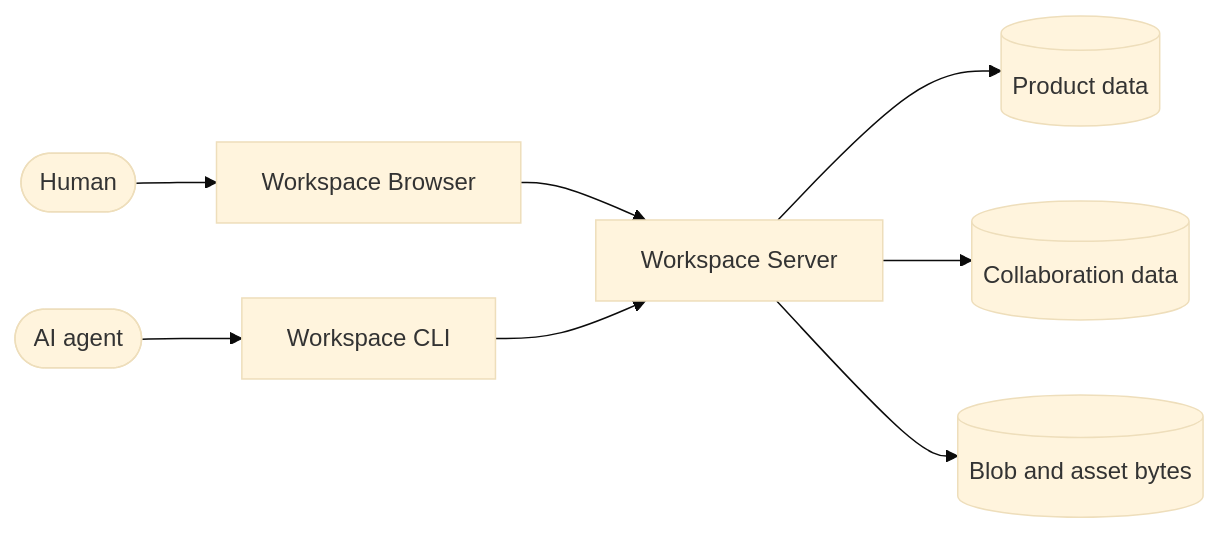
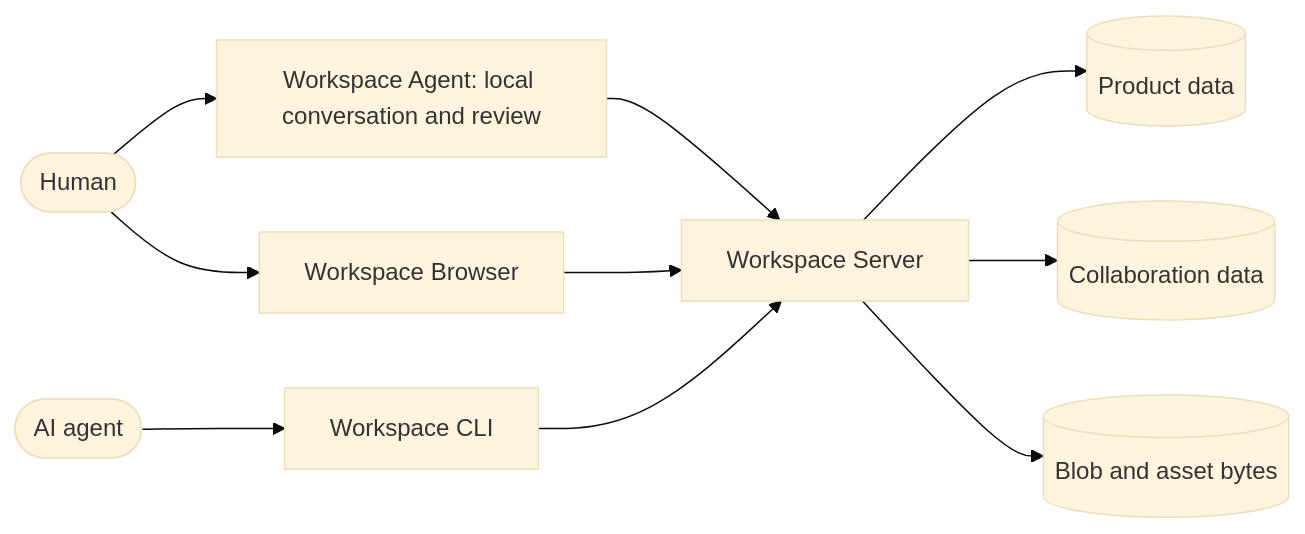
One commit to dream-num/univer-workspace changed the diagram in README.md. Above: the diagram before and after it, drawn with Mermaid (base theme). The commit also changed other lines of this file and 5 other files, not shown here.

First line of the commit message:
docs: improve Workspace Agent setup and shared UI guidance (#53)

````diff
--- a/README.md
+++ b/README.md
@@ -40,10 +54,12 @@
 ```mermaid
 flowchart LR
     Human([Human]) --> Browser[Workspace Browser]
     Agent([AI agent]) --> CLI[Workspace CLI]
+    Human --> AgentApp[Workspace Agent: local conversation and review]
+    AgentApp --> Server
     Browser --> Server[Workspace Server]
     CLI --> Server
     Server --> Product[(Product data)]
     Server --> Collaboration[(Collaboration data)]
     Server --> Blobs[(Blob and asset bytes)]
 ```
````
